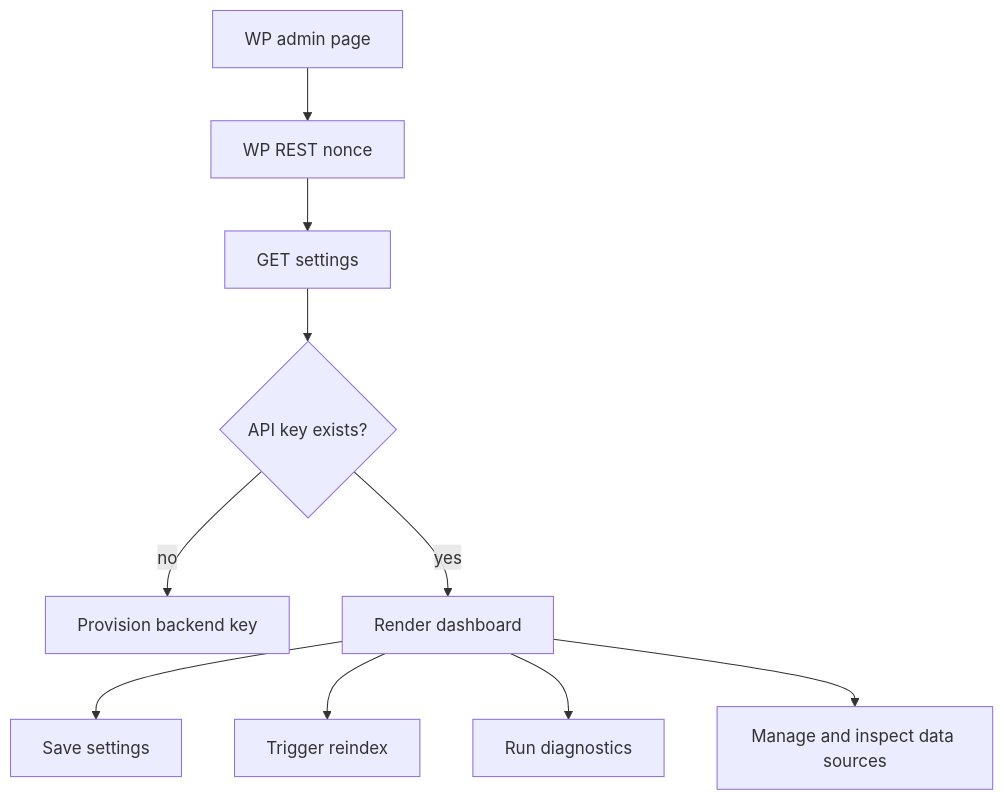
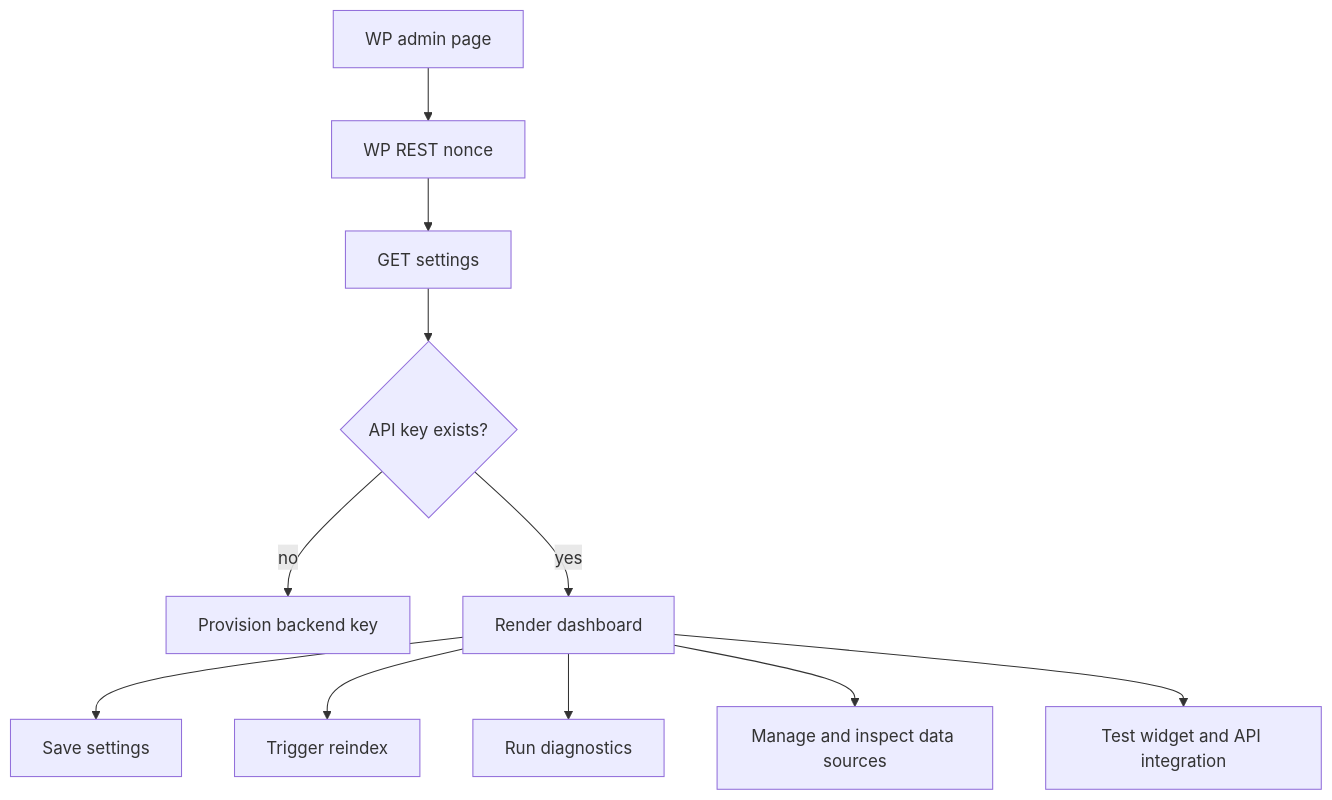
One commit to sovware/ask-sunny-docs changed the second of 4 diagrams in plugin/WP_PLUGIN_ARCHITECTURE.md. Above: the diagram before and after it, drawn with Mermaid. The commit also changed other lines of this file and 14 other files, not shown here.

````diff
--- a/plugin/WP_PLUGIN_ARCHITECTURE.md
+++ b/plugin/WP_PLUGIN_ARCHITECTURE.md
@@ -243,12 +251,13 @@
 ```mermaid
 flowchart TD
   Admin[WP admin page] --> Nonce[WP REST nonce]
   Nonce --> SettingsAPI[GET settings]
   SettingsAPI --> Provision{API key exists?}
   Provision -- no --> ProvisionRoute[Provision backend key]
   Provision -- yes --> Dashboard[Render dashboard]
   Dashboard --> Save[Save settings]
   Dashboard --> Reindex[Trigger reindex]
   Dashboard --> Diagnostics[Run diagnostics]
   Dashboard --> Sources[Manage and inspect data sources]
+  Dashboard --> TestChat[Test widget and API integration]
 ```
````
